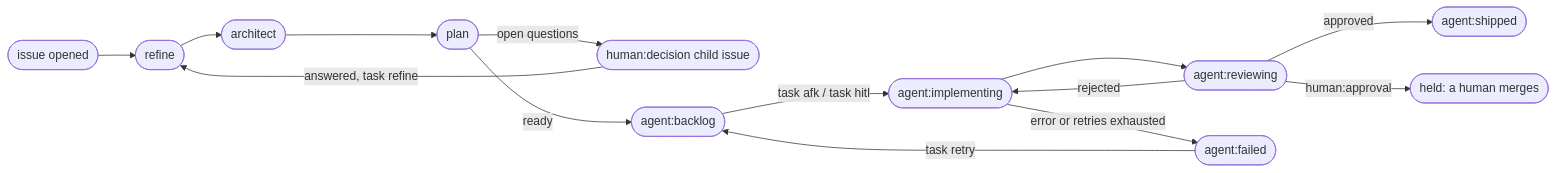
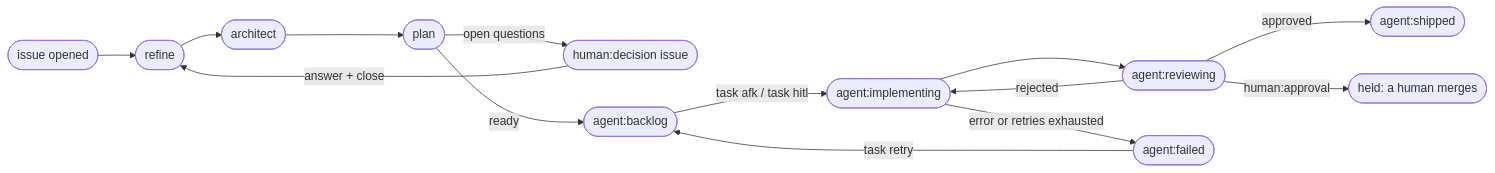
The diagram in README.md (architecture-that-works/agentic-sdlc), drawn with Mermaid before and after one commit. The commit also changed other lines of this file and 12 other files, not shown here.

First line of the commit message:
feat(pipeline): one trigger, answer questions by closing an issue, auto-add to board

````diff
--- a/README.md
+++ b/README.md
@@ -55,14 +55,14 @@
 ```mermaid
 flowchart LR
     N([issue opened]) --> R([refine]) --> AR([architect]) --> P([plan])
-    P -- open questions --> Q([human:decision child issue])
-    Q -- answered, task refine --> R
+    P -- open questions --> Q([human:decision issue])
+    Q -- answer + close --> R
     P -- ready --> B([agent:backlog])
     B -- task afk / task hitl --> I([agent:implementing])
     I --> V([agent:reviewing])
     V -- rejected --> I
     V -- approved --> S([agent:shipped])
     V -- human:approval --> H([held: a human merges])
     I -- error or retries exhausted --> F([agent:failed])
     F -- task retry --> B
 ```
````
